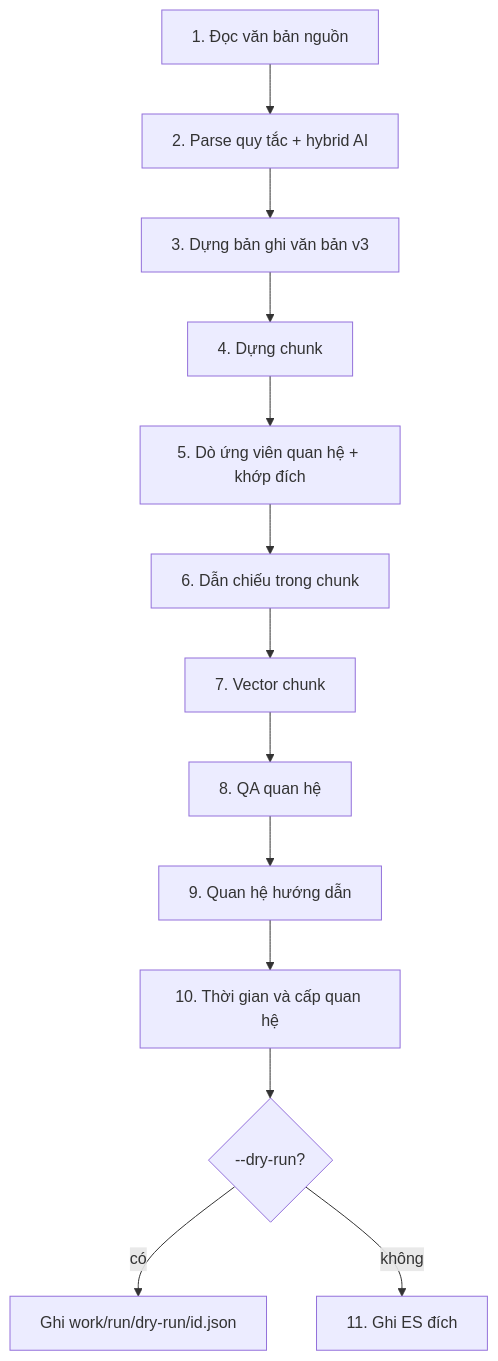
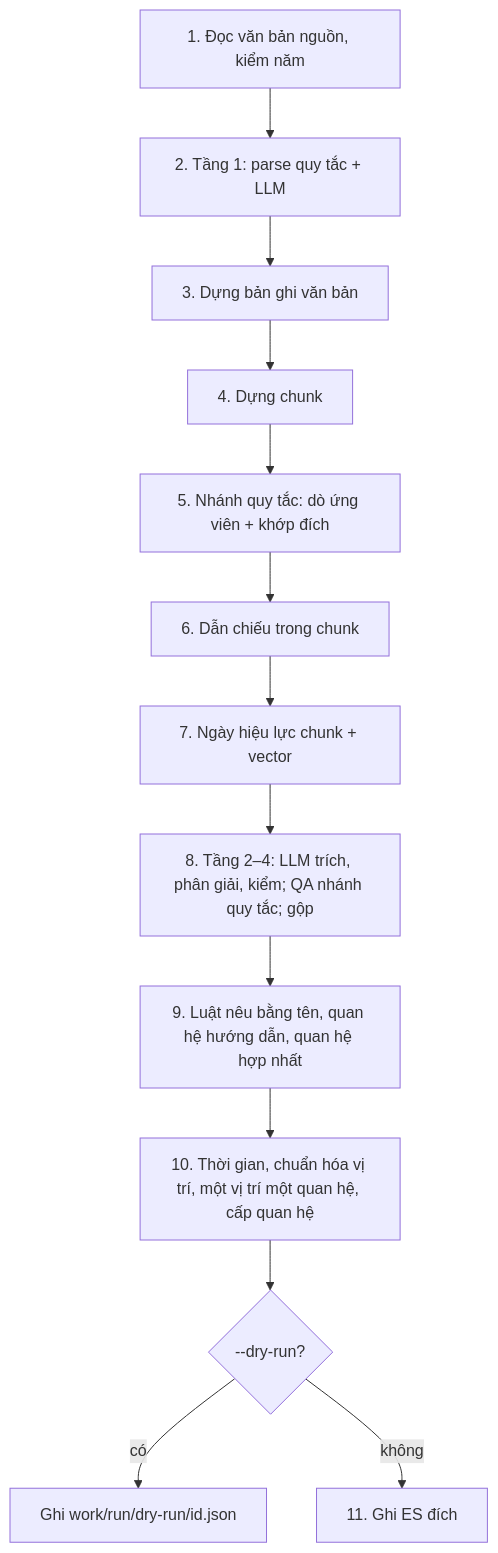
Before and after one commit to Vuminhnhat11224897/data_conversion: the second of 2 diagrams in docs/02-luong-hoat-dong.md, drawn with Mermaid. The commit also changed other lines of this file and 11 other files, not shown here.

````diff
--- a/docs/02-luong-hoat-dong.md
+++ b/docs/02-luong-hoat-dong.md
@@ -104,15 +106,15 @@
 ```mermaid
 flowchart TD
-  S1[1. Đọc văn bản nguồn] --> S2[2. Parse quy tắc + hybrid AI]
-  S2 --> S3[3. Dựng bản ghi văn bản v3]
+  S1[1. Đọc văn bản nguồn, kiểm năm] --> S2[2. Tầng 1: parse quy tắc + LLM]
+  S2 --> S3[3. Dựng bản ghi văn bản]
   S3 --> S4[4. Dựng chunk]
-  S4 --> S5[5. Dò ứng viên quan hệ + khớp đích]
+  S4 --> S5[5. Nhánh quy tắc: dò ứng viên + khớp đích]
   S5 --> S6[6. Dẫn chiếu trong chunk]
-  S6 --> S7[7. Vector chunk]
-  S7 --> S8[8. QA quan hệ]
-  S8 --> S9[9. Quan hệ hướng dẫn]
-  S9 --> S10[10. Thời gian và cấp quan hệ]
+  S6 --> S7[7. Ngày hiệu lực chunk + vector]
+  S7 --> S8["8. Tầng 2–4: LLM trích, phân giải, kiểm; QA nhánh quy tắc; gộp"]
+  S8 --> S9[9. Luật nêu bằng tên, quan hệ hướng dẫn, quan hệ hợp nhất]
+  S9 --> S10[10. Thời gian, chuẩn hóa vị trí, một vị trí một quan hệ, cấp quan hệ]
   S10 --> S11{--dry-run?}
   S11 -- có --> J[Ghi work/run/dry-run/id.json]
   S11 -- không --> W[11. Ghi ES đích]
 ```
````
